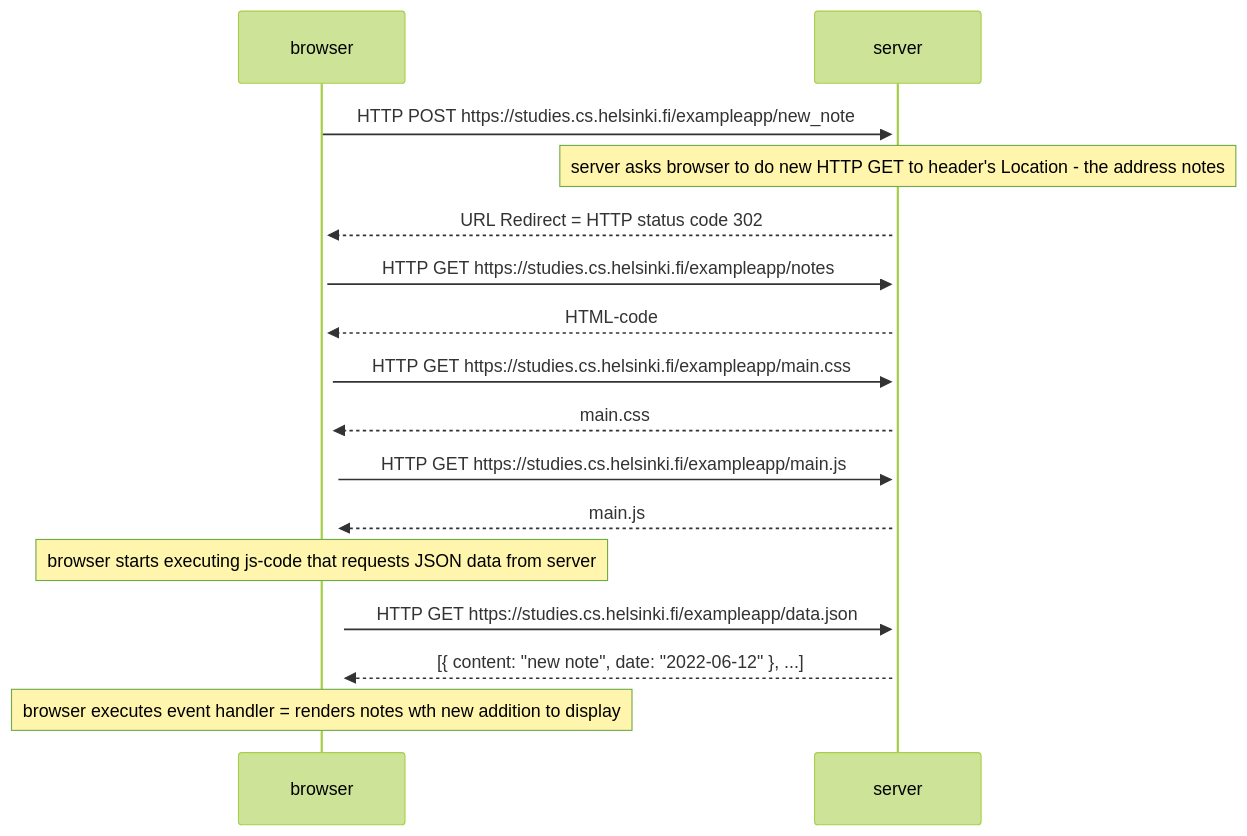
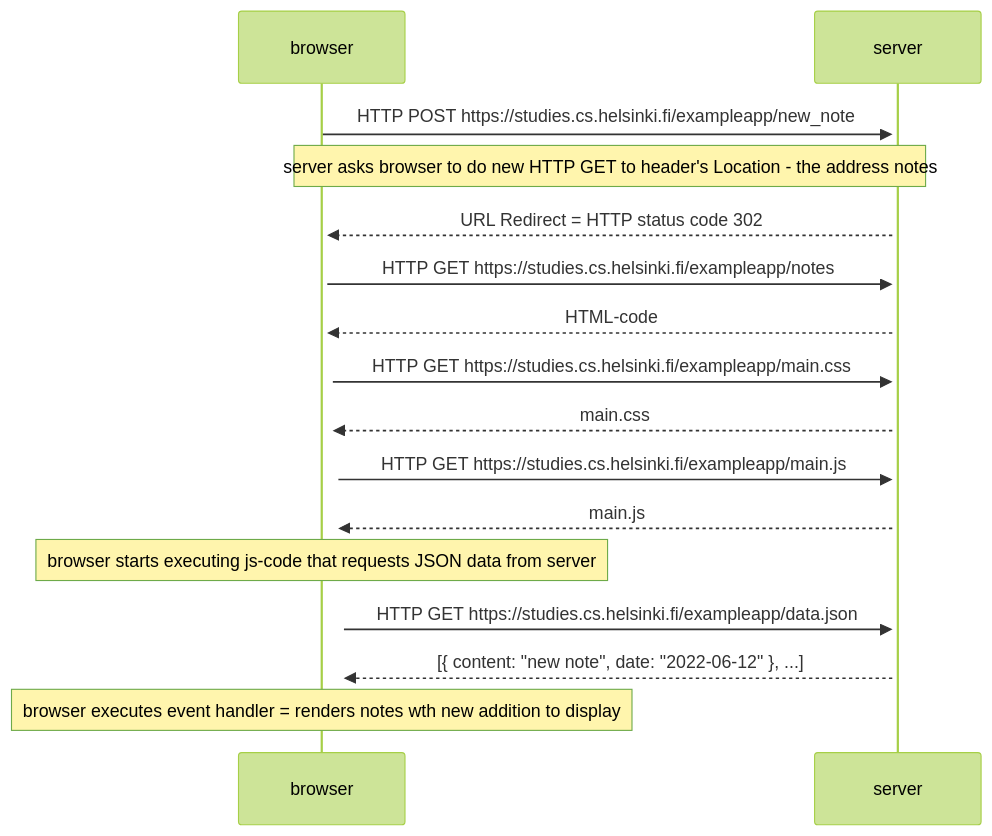
One commit to ihssandk/fullstackopen_helsinki changed the diagram in part0/exercise0_4.md. Above: the diagram before and after it, drawn with Mermaid (forest theme). The commit also changed other lines of this file and 1 other file, not shown here.

````diff
--- a/part0/exercise0_4.md
+++ b/part0/exercise0_4.md
@@ -1,16 +2,16 @@
 ```mermaid
 sequenceDiagram
     browser->>+server: HTTP POST https://studies.cs.helsinki.fi/exampleapp/new_note
-    note over server: server asks browser to do new HTTP GET to header's Location - the address notes
+    note over server,browser: server asks browser to do new HTTP GET to header's Location - the address notes
     server-->>+browser: URL Redirect = HTTP status code 302
     browser->>+server: HTTP GET https://studies.cs.helsinki.fi/exampleapp/notes
     server-->>+browser: HTML-code
     browser->>+server: HTTP GET https://studies.cs.helsinki.fi/exampleapp/main.css
     server-->>+browser: main.css
     browser->>+server: HTTP GET https://studies.cs.helsinki.fi/exampleapp/main.js
     server-->>+browser: main.js
     note over browser:browser starts executing js-code that requests JSON data from server 
     browser->>+server: HTTP GET https://studies.cs.helsinki.fi/exampleapp/data.json
     server-->>+browser: [{ content: "new note", date: "2022-06-12" }, ...]
     note over browser: browser executes event handler = renders notes  wth new addition to display
 ```
````
